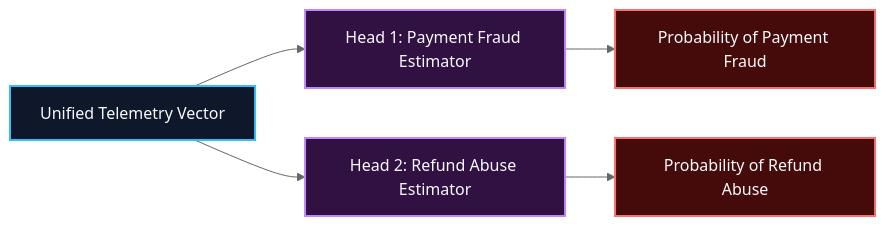
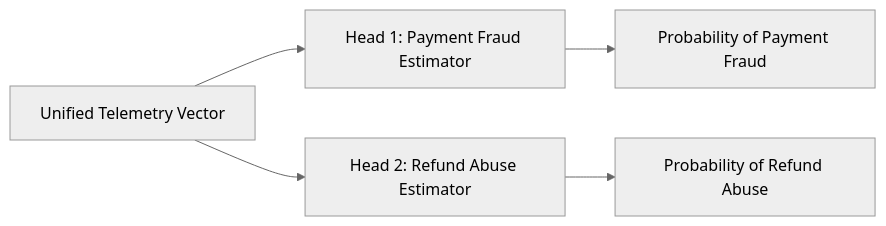
The second of 2 diagrams in README.md (chanakya-b/shieldpay-risk-engine), drawn with Mermaid (neutral theme) before and after one commit. The commit also changed other lines of this file, not shown here.

````diff
--- a/README.md
+++ b/README.md
@@ -123,14 +121,8 @@
 ```mermaid
 flowchart LR
     Input[Unified Telemetry Vector] --> Head1[Head 1: Payment Fraud Estimator]
     Input --> Head2[Head 2: Refund Abuse Estimator]
     
     Head1 --> Score1[Probability of Payment Fraud]
     Head2 --> Score2[Probability of Refund Abuse]
-
-    style Input fill:#0f172a,stroke:#38bdf8,stroke-width:2px,color:#f8fafc
-    style Head1 fill:#311042,stroke:#c084fc,stroke-width:2px,color:#f8fafc
-    style Head2 fill:#311042,stroke:#c084fc,stroke-width:2px,color:#f8fafc
-    style Score1 fill:#450a0a,stroke:#f87171,stroke-width:2px,color:#f8fafc
-    style Score2 fill:#450a0a,stroke:#f87171,stroke-width:2px,color:#f8fafc
 ```
````
